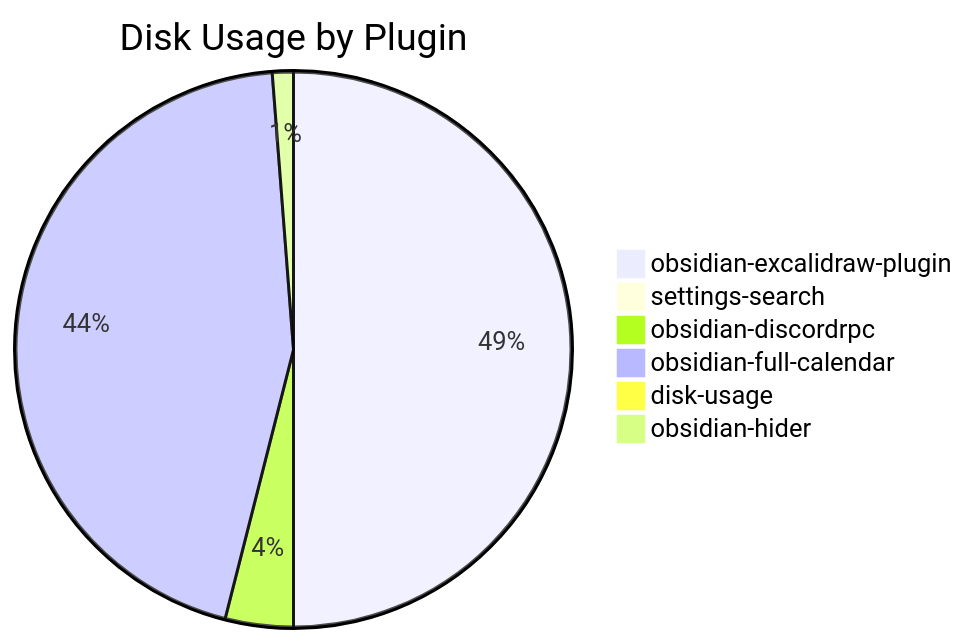
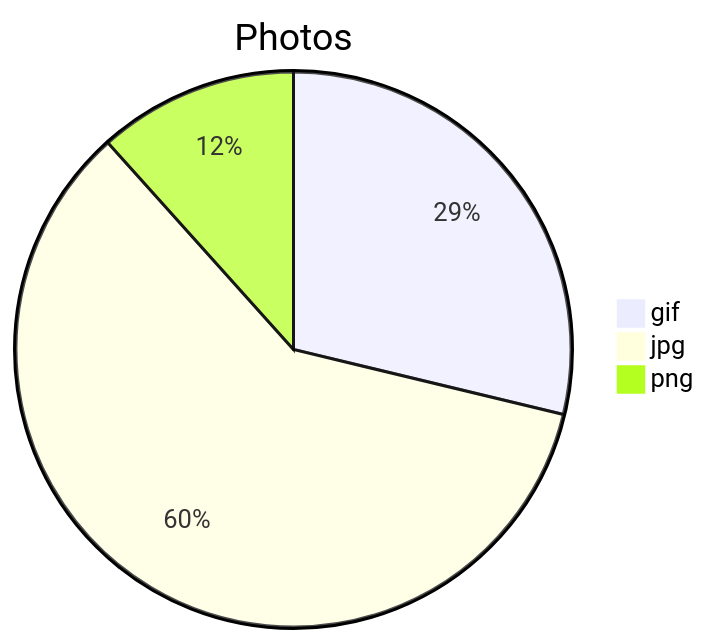
The third of 5 diagrams in README.md (Promptier/disk-usage), drawn with Mermaid before and after one commit. The commit also changed other lines of this file, not shown here.

````diff
--- a/README.md
+++ b/README.md
@@ -18,9 +37,6 @@
 ```mermaid
-pie title Disk Usage by Plugin
-    "obsidian-excalidraw-plugin" : 2780
-    "settings-search" : 32
-    "obsidian-discordrpc" : 220
-    "obsidian-full-calendar" : 2492
-    "disk-usage" : 32
-    "obsidian-hider" : 68
+pie title Photos
+	"gif" : 1008
+	"jpg" : 2089
+	"png" : 408
 ```
````
